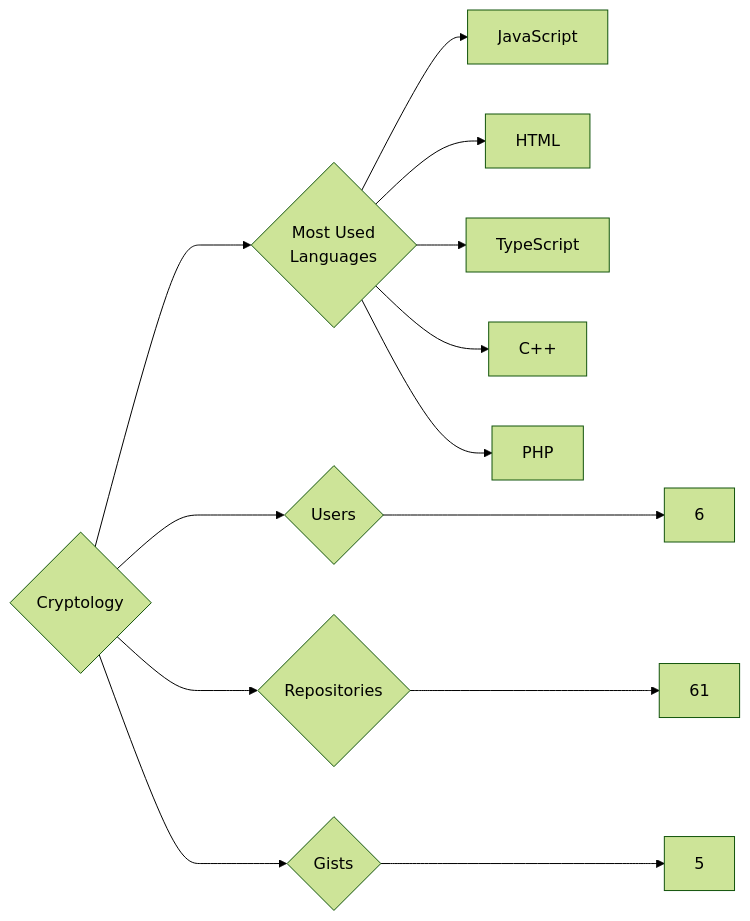
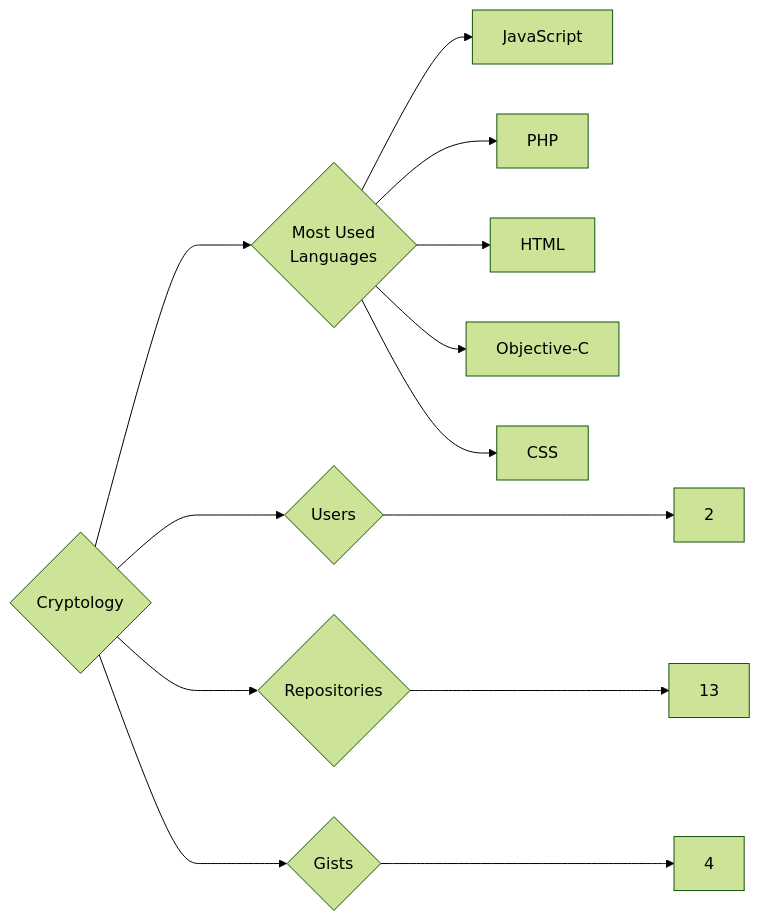
One commit to trickest/insiders changed the diagram in targets/Cryptology/README.md. Above: the diagram before and after it, drawn with Mermaid (forest theme). The commit also changed 1036 other files, not shown here.

````diff
--- a/targets/Cryptology/README.md
+++ b/targets/Cryptology/README.md
@@ -3,13 +3,13 @@
 ```mermaid
 graph LR
 COMPANY_NAME{Cryptology}
-COMPANY_NAME ---> U{Users} ---> UN[6]
-COMPANY_NAME ---> R{Repositories} ---> RN[61]
-COMPANY_NAME ---> G{Gists} ---> GN[5]
+COMPANY_NAME ---> U{Users} ---> UN[2]
+COMPANY_NAME ---> R{Repositories} ---> RN[13]
+COMPANY_NAME ---> G{Gists} ---> GN[4]
 COMPANY_NAME ---> ML{Most Used<br>Languages}
 ML --> JavaScript[JavaScript]
+ML --> PHP[PHP]
 ML --> HTML[HTML]
-ML --> TypeScript[TypeScript]
-ML --> C++[C++]
-ML --> PHP[PHP]
+ML --> Objective-C[Objective-C]
+ML --> CSS[CSS]
 ```
````
